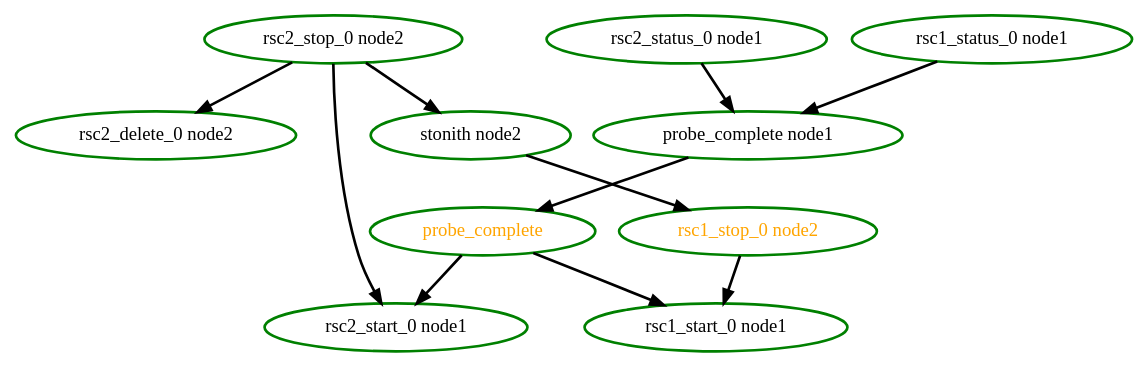
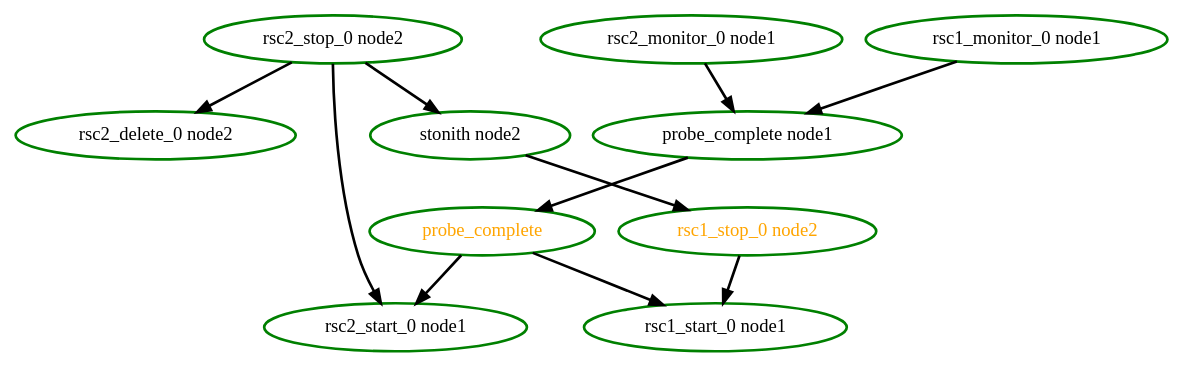
Before and after one commit to richiewen8/heartbeat: the diagram in crm/pengine/testcases/rec-rsc-5.dot, drawn with Graphviz. The commit also changed 147 other files, not shown here.

First line of the commit message:
s/status_0/monitor_0/

```diff
--- a/crm/pengine/testcases/rec-rsc-5.dot
+++ b/crm/pengine/testcases/rec-rsc-5.dot
@@ -1,23 +1,23 @@
 digraph "g" {
 	size = "30,30"
 "rsc1_stop_0 node2" [ style=bold color="green" fontcolor="orange" ]
 "probe_complete" [ style=bold color="green" fontcolor="orange" ]
 "probe_complete node1" [ style=bold color="green" fontcolor="black" ]
-"rsc1_status_0 node1" [ style=bold color="green" fontcolor="black" ]
-"rsc2_status_0 node1" [ style=bold color="green" fontcolor="black" ]
+"rsc1_monitor_0 node1" [ style=bold color="green" fontcolor="black" ]
+"rsc2_monitor_0 node1" [ style=bold color="green" fontcolor="black" ]
 "rsc1_start_0 node1" [ style=bold color="green" fontcolor="black" ]
 "rsc2_stop_0 node2" [ style=bold color="green" fontcolor="black" ]
 "rsc2_start_0 node1" [ style=bold color="green" fontcolor="black" ]
 "rsc2_delete_0 node2" [ style=bold color="green" fontcolor="black" ]
 "stonith node2" [ style=bold color="green" fontcolor="black" ]
 "stonith node2" -> "rsc1_stop_0 node2" [ style = bold]
 "probe_complete node1" -> "probe_complete" [ style = bold]
-"rsc1_status_0 node1" -> "probe_complete node1" [ style = bold]
-"rsc2_status_0 node1" -> "probe_complete node1" [ style = bold]
+"rsc1_monitor_0 node1" -> "probe_complete node1" [ style = bold]
+"rsc2_monitor_0 node1" -> "probe_complete node1" [ style = bold]
 "rsc1_stop_0 node2" -> "rsc1_start_0 node1" [ style = bold]
 "probe_complete" -> "rsc1_start_0 node1" [ style = bold]
 "probe_complete" -> "rsc2_start_0 node1" [ style = bold]
 "rsc2_stop_0 node2" -> "rsc2_start_0 node1" [ style = bold]
 "rsc2_stop_0 node2" -> "rsc2_delete_0 node2" [ style = bold]
 "rsc2_stop_0 node2" -> "stonith node2" [ style = bold]
 }
```
